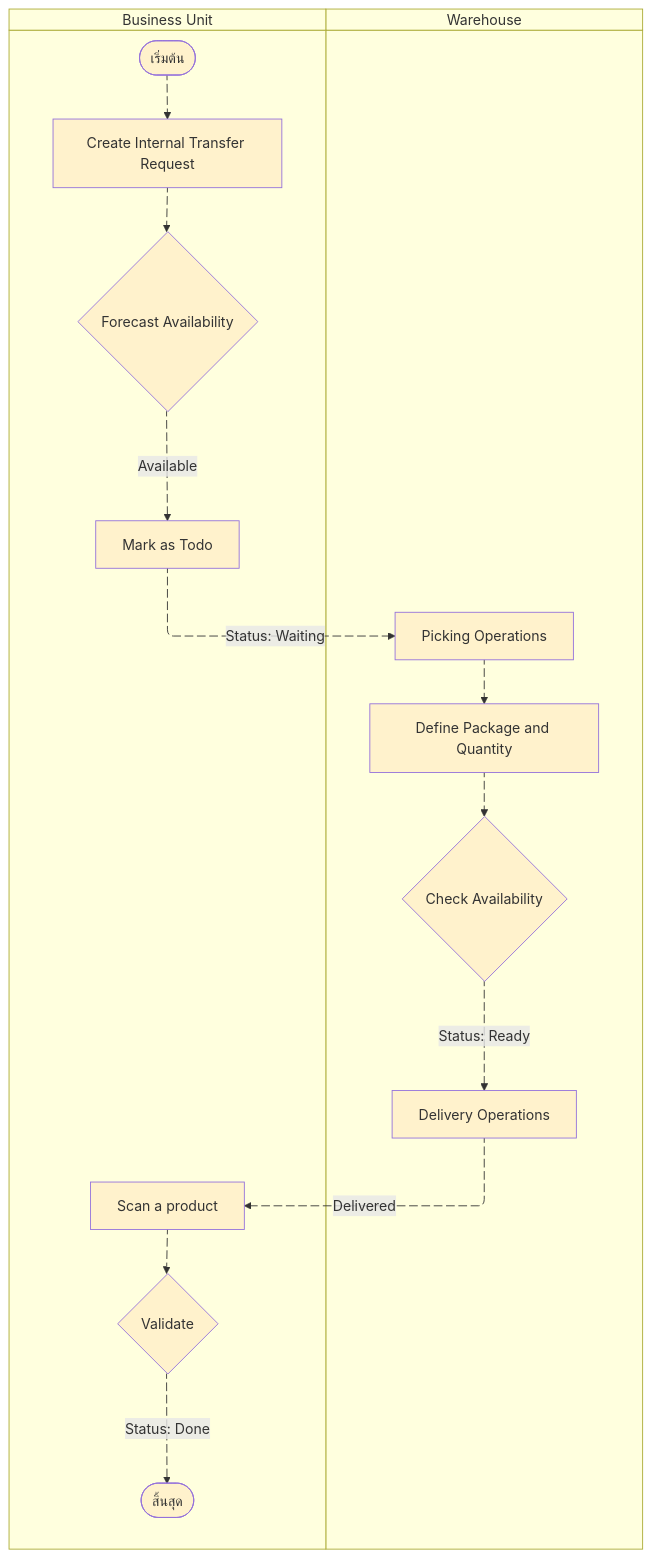
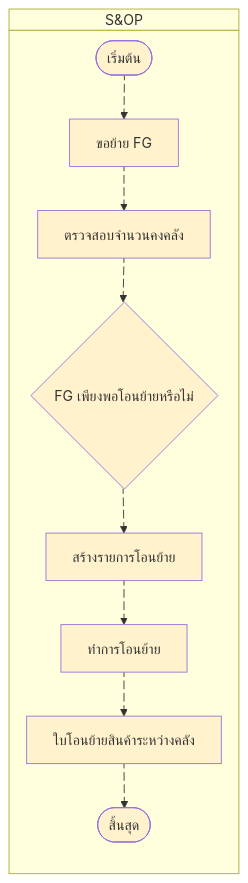
The diagram in as-is_process/S&OP/finish_good_transfer.mermaid (sonramsiriratpde/pem-process), drawn with Mermaid before and after one commit.

Commit message:
๊Update AS-IS Finish Good Transfer

```diff
--- a/as-is_process/S&OP/finish_good_transfer.mermaid
+++ b/as-is_process/S&OP/finish_good_transfer.mermaid
@@ -1,57 +1,40 @@
 %% Internal Transfer Process Flow
 swimlane-beta TB
 
-  subgraph Business Unit
+  subgraph S&OP
     start([เริ่มต้น])
-    a1[Create Internal Transfer Request]
-    a2{Forecast Availability}
-    a3[Mark as Todo]
-    a8[Scan a product]
-    a9{Validate}
-    
+    a1[ขอย้าย FG]
+    a2[ตรวจสอบจำนวนคงคลัง]
+    a3{FG เพียงพอโอนย้ายหรือไม่}
+    a4[สร้างรายการโอนย้าย]
+    a5[ทำการโอนย้าย]
+    a6[ใบโอนย้ายสินค้าระหว่างคลัง]
     done([สิ้นสุด])
-  end
-
-  subgraph Warehouse
-    a4[Picking Operations]
-    a5[Define Package and Quantity]
-    a6{Check Availability}
-    a7[Delivery Operations]
   end
 
   %% Success Flows
   start e1@--> a1
   a1 e2@--> a2
-  a2 e3@-->|Available| a3
-  a3 e4@-->|Status: Waiting| a4
+  a2 e3@--> a3
+  a3 e4@--> a4
   a4 e5@--> a5
   a5 e6@--> a6
-  a6 e7@-->|Status: Ready| a7
-  a7 e8@-->|Delivered| a8
-  a8 e10@--> a9
-  a9 e9@-->|Status: Done| done
+  a6 e7@--> done
 
   classDef attention fill:#fff2cc;
   class start attention;
+  class done attention;
   class a1 attention;
   class a2 attention;
   class a3 attention;
   class a4 attention;
   class a5 attention;
   class a6 attention;
-  class a7 attention;
-  class a8 attention;
-  class a9 attention;
-  class a10 attention;
-  class done attention;
 
   e1@{ animate: true}
   e2@{ animate: true}
   e3@{ animate: true}
   e4@{ animate: true}
   e5@{ animate: true}
   e6@{ animate: true}
   e7@{ animate: true}
-  e8@{ animate: true}
-  e9@{ animate: true}
-  e10@{ animate: true}
```
